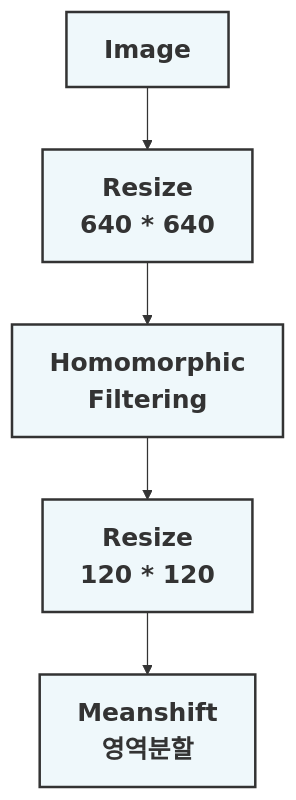
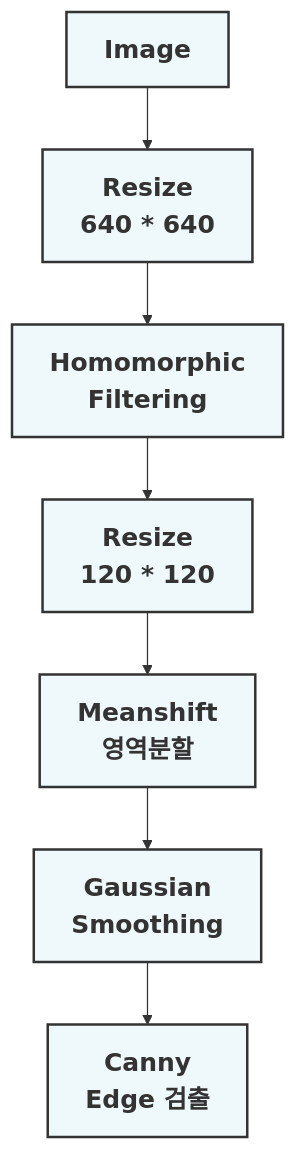
Before and after one commit to 201710808/-p: the second of 2 diagrams in Readme.md, drawn with Mermaid.

````diff
--- a/Readme.md
+++ b/Readme.md
@@ -13,14 +13,18 @@
 ```mermaid
 graph
 A[<b><span style='font-size:20px'>Image</span></b>]-->B[<b><span style='font-size:20px'>Resize<br>640 * 640</span></b>]
 B-->C[<b><span style='font-size:20px'>Homomorphic<br>Filtering</span></b>]
 C-->D[<b><span style='font-size:20px'>Resize<br>120 * 120</span></b>]
 D-->E[<b><span style='font-size:20px'>Meanshift<br>영역분할</span></b>]
+E-->F[<b><span style='font-size:20px'>Gaussian<br>Smoothing</span></b>]
+F-->G[<b><span style='font-size:20px'>Canny<br>Edge 검출</span></b>]
 
 
 style A fill:#EFF8FB ,stroke:#333,stroke-width:2px
 style B fill:#EFF8FB ,stroke:#333,stroke-width:2px
 style C fill:#EFF8FB ,stroke:#333,stroke-width:2px
 style D fill:#EFF8FB ,stroke:#333,stroke-width:2px
 style E fill:#EFF8FB ,stroke:#333,stroke-width:2px
+style F fill:#EFF8FB ,stroke:#333,stroke-width:2px
+style G fill:#EFF8FB ,stroke:#333,stroke-width:2px
 ```
````
